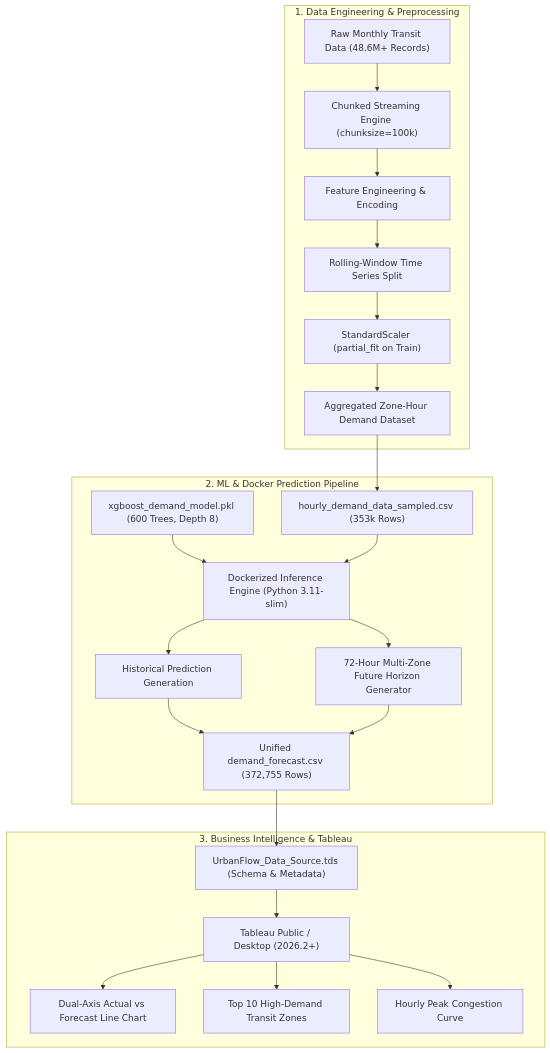
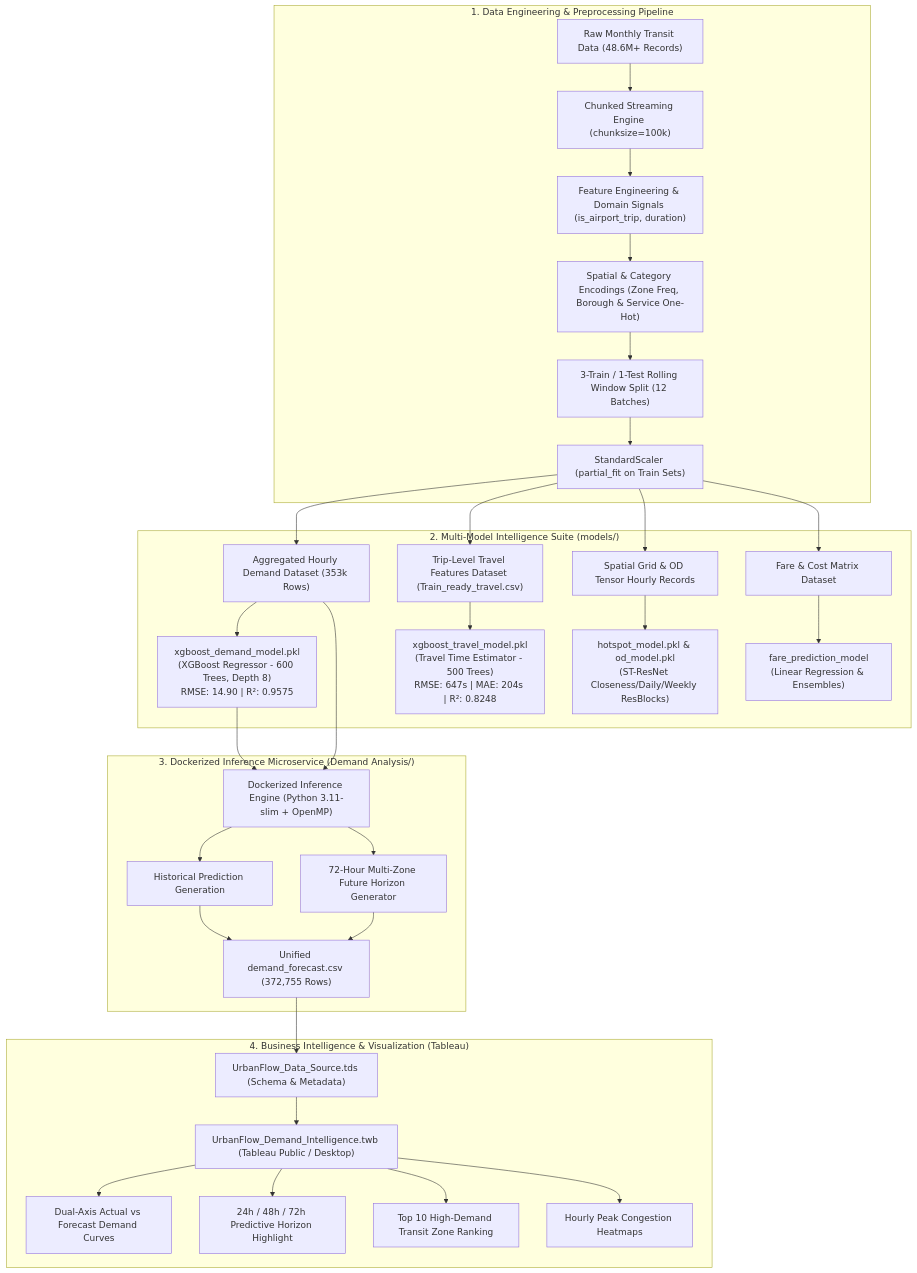
The diagram in README.md (Telementors/Urban_flow_Analyzis), drawn with Mermaid before and after one commit. The commit also changed other lines of this file, not shown here.

````diff
--- a/README.md
+++ b/README.md
@@ -26,27 +32,38 @@
 ```mermaid
 flowchart TD
-    subgraph Data_Engineering["1. Data Engineering & Preprocessing"]
+    subgraph Data_Engineering["1. Data Engineering & Preprocessing Pipeline"]
         A["Raw Monthly Transit Data (48.6M+ Records)"] --> B["Chunked Streaming Engine (chunksize=100k)"]
-        B --> C["Feature Engineering & Encoding"]
-        C --> D["Rolling-Window Time Series Split"]
-        D --> E["StandardScaler (partial_fit on Train)"]
-        E --> F["Aggregated Zone-Hour Demand Dataset"]
+        B --> C["Feature Engineering & Domain Signals (is_airport_trip, duration)"]
+        C --> D["Spatial & Category Encodings (Zone Freq, Borough & Service One-Hot)"]
+        D --> E["3-Train / 1-Test Rolling Window Split (12 Batches)"]
+        E --> F["StandardScaler (partial_fit on Train Sets)"]
     end
 
-    subgraph ML_Pipeline["2. ML & Docker Prediction Pipeline"]
-        F --> G["hourly_demand_data_sampled.csv (353k Rows)"]
-        H["xgboost_demand_model.pkl (600 Trees, Depth 8)"] --> I["Dockerized Inference Engine (Python 3.11-slim)"]
-        G --> I
+    subgraph Model_Suite["2. Multi-Model Intelligence Suite (models/)"]
+        F --> G1["Aggregated Hourly Demand Dataset (353k Rows)"]
+        F --> G2["Trip-Level Travel Features Dataset (Train_ready_travel.csv)"]
+        F --> G3["Spatial Grid & OD Tensor Hourly Records"]
+        F --> G4["Fare & Cost Matrix Dataset"]
+
+        G1 --> M1["xgboost_demand_model.pkl\n(XGBoost Regressor - 600 Trees, Depth 8)\nRMSE: 14.90 | R²: 0.9575"]
+        G2 --> M2["xgboost_travel_model.pkl\n(Travel Time Estimator - 500 Trees)\nRMSE: 647s | MAE: 204s | R²: 0.8248"]
+        G3 --> M3["hotspot_model.pkl & od_model.pkl\n(ST-ResNet Closeness/Daily/Weekly ResBlocks)"]
+        G4 --> M4["fare_prediction_model\n(Linear Regression & Ensembles)"]
+    end
+
+    subgraph Container_Subsystem["3. Dockerized Inference Microservice (Demand Analysis/)"]
+        M1 & G1 --> I["Dockerized Inference Engine (Python 3.11-slim + OpenMP)"]
         I --> J["Historical Prediction Generation"]
         I --> K["72-Hour Multi-Zone Future Horizon Generator"]
         J & K --> L["Unified demand_forecast.csv (372,755 Rows)"]
     end
 
-    subgraph BI_Analytics["3. Business Intelligence & Tableau"]
-        L --> M["UrbanFlow_Data_Source.tds (Schema & Metadata)"]
-        M --> N["Tableau Public / Desktop (2026.2+)"]
-        N --> O["Dual-Axis Actual vs Forecast Line Chart"]
-        N --> P["Top 10 High-Demand Transit Zones"]
-        N --> Q["Hourly Peak Congestion Curve"]
+    subgraph BI_Analytics["4. Business Intelligence & Visualization (Tableau)"]
+        L --> T1["UrbanFlow_Data_Source.tds (Schema & Metadata)"]
+        T1 --> T2["UrbanFlow_Demand_Intelligence.twb (Tableau Public / Desktop)"]
+        T2 --> V1["Dual-Axis Actual vs Forecast Demand Curves"]
+        T2 --> V2["24h / 48h / 72h Predictive Horizon Highlight"]
+        T2 --> V3["Top 10 High-Demand Transit Zone Ranking"]
+        T2 --> V4["Hourly Peak Congestion Heatmaps"]
     end
 ```
````
